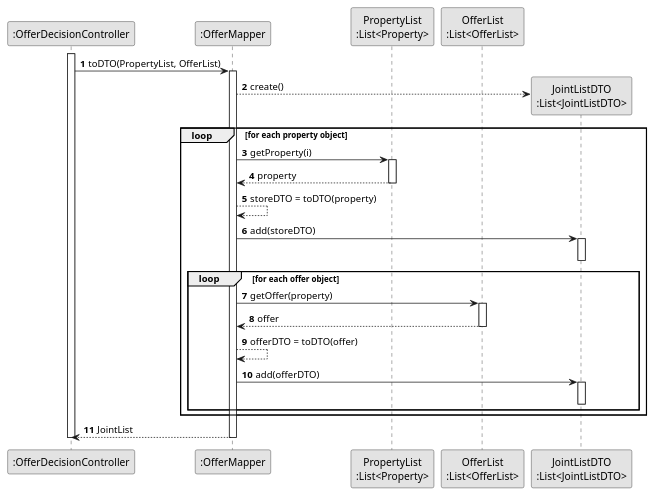
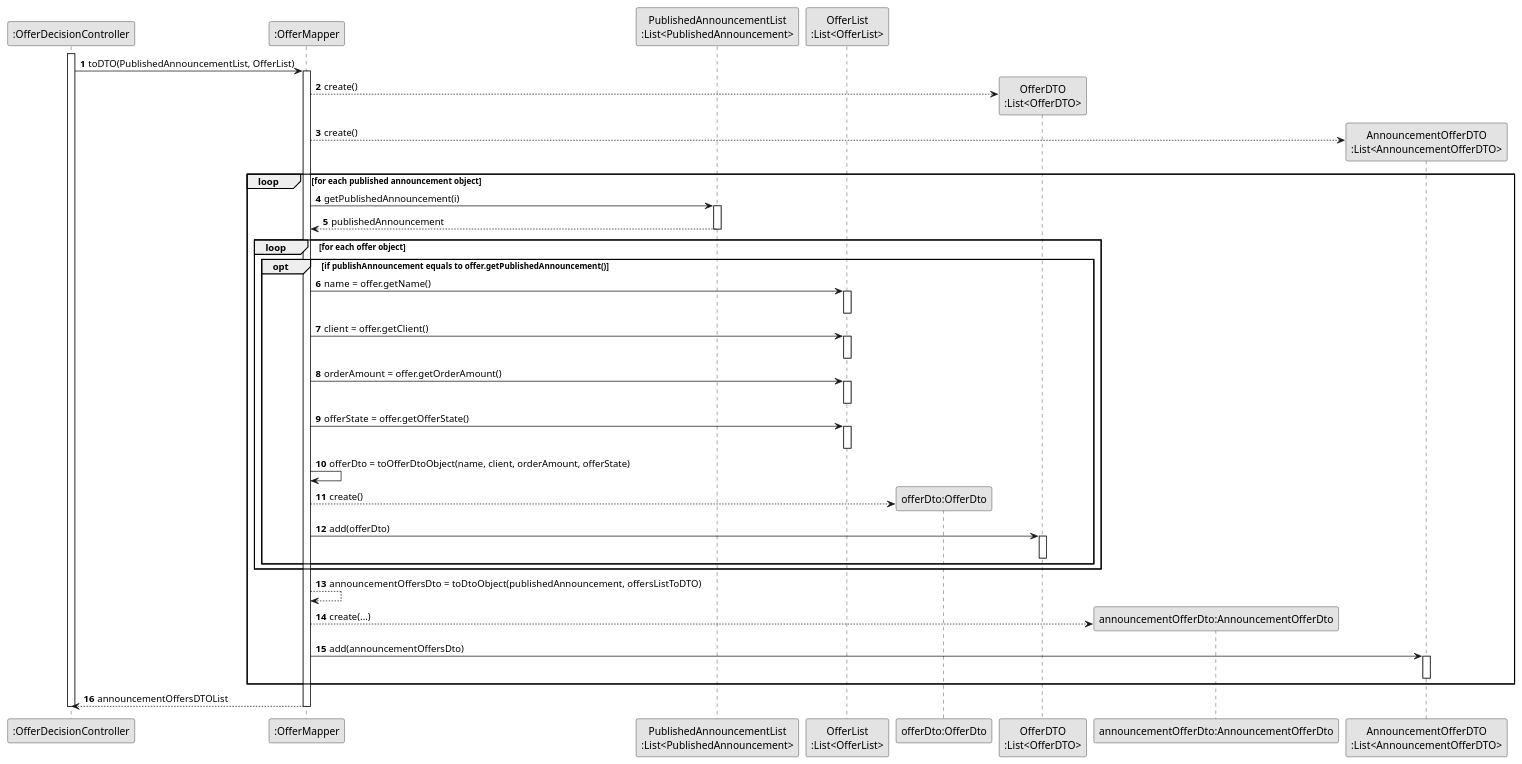
The diagram in docs/sprintD/US11/03.design/puml/us11-sequence-diagram-partial-toDTO.puml (PureNimble/ISEP-LAPR2), drawn with PlantUML before and after one commit. The commit also changed 42 other files, not shown here.

Commit message:
Updated diagrams for US11, US02(refinement) and US18

```diff
--- a/docs/sprintD/US11/03.design/puml/us11-sequence-diagram-partial-toDTO.puml
+++ b/docs/sprintD/US11/03.design/puml/us11-sequence-diagram-partial-toDTO.puml
@@ -1,56 +1,72 @@
 @startuml
 skinparam monochrome true
 skinparam packageStyle rectangle
 skinparam shadowing false
 
 autonumber
 
 participant ":OfferDecisionController" as controller
 participant ":OfferMapper" as mapper
-participant "PropertyList\n:List<Property>" as propertylist
+participant "PublishedAnnouncementList\n:List<PublishedAnnouncement>" as announcementlist
 participant "OfferList\n:List<OfferList>" as offerlist
-participant "JointListDTO\n:List<JointListDTO>" as jointlist
+participant "offerDto:OfferDto" as dto
+participant "OfferDTO\n:List<OfferDTO>" as offerdto
+participant "announcementOfferDto:AnnouncementOfferDto" as AnnouncementOfferDto
+participant "AnnouncementOfferDTO\n:List<AnnouncementOfferDTO>" as dtolist
+
 
 activate controller
-                controller -> mapper : toDTO(PropertyList, OfferList)
+                controller -> mapper : toDTO(PublishedAnnouncementList, OfferList)
                 activate mapper
 
-                create jointlist
-                mapper --> jointlist** : create()
+                create dtolist
+                mapper --> offerdto**: create()
+                mapper --> dtolist** : create()
 
 
-                loop for each property object
+                loop for each published announcement object
                     
-                    mapper -> propertylist : getProperty(i)
-                    activate propertylist
-                    propertylist --> mapper : property
-                    deactivate propertylist
-
-                    mapper --> mapper : storeDTO = toDTO(property)
-
-                    mapper -> jointlist : add(storeDTO)
-                    activate jointlist
-                    deactivate jointlist
+                    mapper -> announcementlist : getPublishedAnnouncement(i)
+                    activate announcementlist
+                    announcementlist --> mapper : publishedAnnouncement
+                    deactivate announcementlist
 
                     loop for each offer object
 
-                        mapper -> offerlist : getOffer(property)
-                        activate offerlist
-                        offerlist --> mapper : offer
-                        deactivate offerlist
-                        mapper --> mapper : offerDTO = toDTO(offer)
-                        mapper -> jointlist : add(offerDTO)
-                        activate jointlist
-                        deactivate jointlist
+                        opt if publishAnnouncement equals to offer.getPublishedAnnouncement()
+                                deactivate offerlist
+                                mapper -> offerlist : name = offer.getName()
+                                activate offerlist
+                                deactivate offerlist
+                                mapper -> offerlist : client = offer.getClient()
+                                activate offerlist
+                                deactivate offerlist
+                                mapper -> offerlist : orderAmount = offer.getOrderAmount()
+                                activate offerlist
+                                deactivate offerlist
+                                mapper -> offerlist : offerState = offer.getOfferState()
+                                activate offerlist
+                                deactivate offerlist
+                                mapper -> mapper : offerDto = toOfferDtoObject(name, client, orderAmount, offerState)
+                                mapper --> dto** : create()
+                                mapper -> offerdto : add(offerDto)
+                                activate offerdto
+                                deactivate offerdto
+                        end
+                        
 
                     end
+
+                    mapper --> mapper : announcementOffersDto = toDtoObject(publishedAnnouncement, offersListToDTO)
+                    mapper --> AnnouncementOfferDto** : create(...)
+                    mapper -> dtolist : add(announcementOffersDto)
+                    activate dtolist
+                    deactivate dtolist
  
                 end
 
-                mapper --> controller : JointList
+                mapper --> controller : announcementOffersDTOList
                 deactivate mapper
-
         deactivate controller
 
-
 @enduml
```
